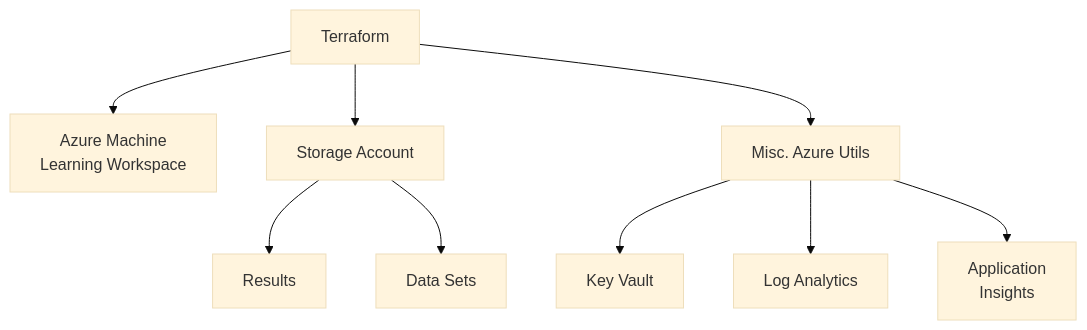
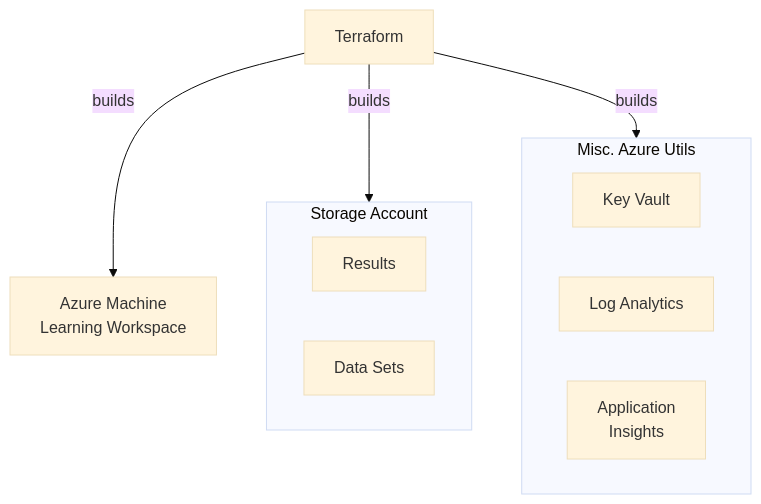
The first of 2 diagrams in azure-deployment/README.md (Internet2/class-adv-spr2024-aiml), drawn with Mermaid (base theme) before and after one commit. The commit also changed other lines of this file, not shown here.

Commit message:
Updating diagrams

````diff
--- a/azure-deployment/README.md
+++ b/azure-deployment/README.md
@@ -8,12 +8,16 @@
 ```mermaid
 graph TD;
-   tf[Terraform]-->azml[Azure Machine\nLearning Workspace];
-   tf -->azsa[Storage Account];
-   tf -->misc[Misc. Azure Utils];
-   azsa -->results[Results]
-   azsa -->datasets[Data Sets]
-   misc --> kv[Key Vault]
-   misc --> logs[Log Analytics]
-   misc --> insights[Application\nInsights]
+   tf[Terraform]--builds-->azml[Azure Machine\nLearning Workspace];
+   tf --builds-->sa;
+   tf --builds-->misc;
+   subgraph sa[Storage Account]
+     results[Results]
+     datasets[Data Sets]
+   end
+   subgraph misc[Misc. Azure Utils]
+     kv[Key Vault]
+     logs[Log Analytics]
+     insights[Application\nInsights]
+   end
 
 ```
````
